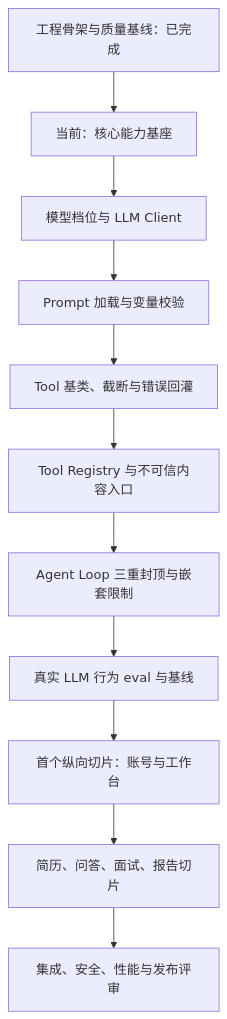
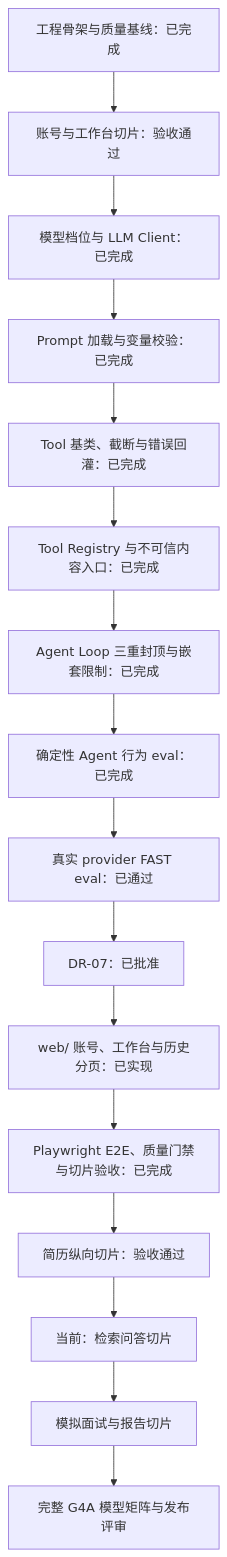
The diagram in docs/next-steps.md (Rainloury/technical-interview-agent), drawn with Mermaid before and after one commit. The commit also changed other lines of this file and 134 other files, not shown here.

````diff
--- a/docs/next-steps.md
+++ b/docs/next-steps.md
@@ -39,13 +48,18 @@
 ```mermaid
 flowchart TD
-    S0["工程骨架与质量基线：已完成"] --> N0["当前：核心能力基座"]
-    N0 --> N1["模型档位与 LLM Client"]
-    N1 --> N2["Prompt 加载与变量校验"]
-    N2 --> N3["Tool 基类、截断与错误回灌"]
-    N3 --> N4["Tool Registry 与不可信内容入口"]
-    N4 --> N5["Agent Loop 三重封顶与嵌套限制"]
-    N5 --> N6["真实 LLM 行为 eval 与基线"]
-    N6 --> N7["首个纵向切片：账号与工作台"]
-    N7 --> N8["简历、问答、面试、报告切片"]
-    N8 --> N9["集成、安全、性能与发布评审"]
+    S0["工程骨架与质量基线：已完成"] --> N0["账号与工作台切片：验收通过"]
+    N0 --> N1["模型档位与 LLM Client：已完成"]
+    N1 --> N2["Prompt 加载与变量校验：已完成"]
+    N2 --> N3["Tool 基类、截断与错误回灌：已完成"]
+    N3 --> N4["Tool Registry 与不可信内容入口：已完成"]
+    N4 --> N5["Agent Loop 三重封顶与嵌套限制：已完成"]
+    N5 --> N6["确定性 Agent 行为 eval：已完成"]
+    N6 --> N7["真实 provider FAST eval：已通过"]
+    N7 --> N8["DR-07：已批准"]
+    N8 --> N9["web/ 账号、工作台与历史分页：已实现"]
+    N9 --> N10["Playwright E2E、质量门禁与切片验收：已完成"]
+    N10 --> N11["简历纵向切片：验收通过"]
+    N11 --> N12["当前：检索问答切片"]
+    N12 --> N13["模拟面试与报告切片"]
+    N13 --> N14["完整 G4A 模型矩阵与发布评审"]
 ```
````
